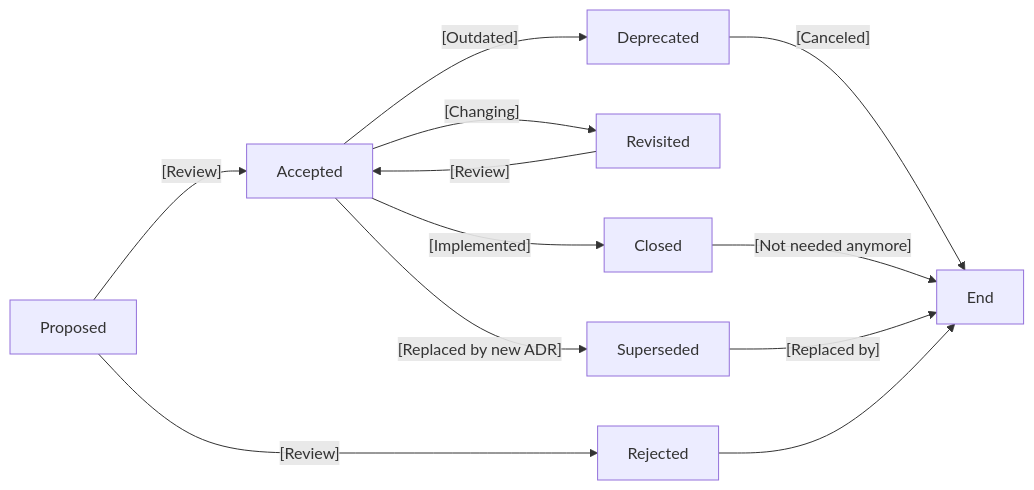
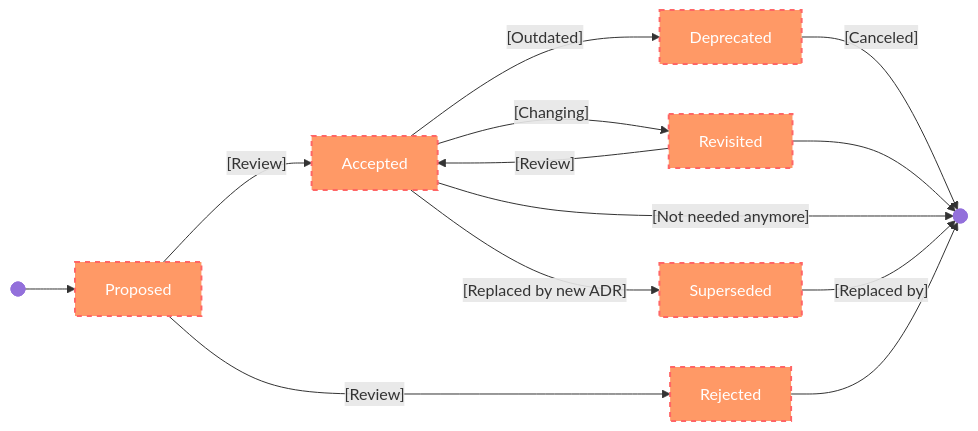
Before and after one commit to rossbachp/DeciCollab: the diagram in ADR-Template.md, drawn with Mermaid. The commit also changed other lines of this file, not shown here.

Commit message:
Update: ADR State flow

````diff
--- a/ADR-Template.md
+++ b/ADR-Template.md
@@ -52,14 +52,21 @@
 ```mermaid
 flowchart LR
+    Start --> Proposed
     Proposed    -- [Review] --> Accepted
     Proposed    -- [Review] --> Rejected
     Accepted    -- [Changing] --> Revisited
     Revisited   -- [Review] --> Accepted
     Accepted    -- [Outdated] --> Deprecated
-    Accepted    -- [Implemented] --> Closed
     Accepted    -- [Replaced by new ADR] --> Superseded
     Deprecated  -- [Canceled] --> End
-    Closed      -- [Not needed anymore] --> End
+    Revisited   --> End
+    Accepted    -- [Not needed anymore] --> End
     Superseded  -- [Replaced by] --> End
     Rejected    --> End
+
+    Start@{ shape: f-circ, label: "Start" }
+    End@{ shape: f-circ, label: "End" }
+
+classDef state fill:#f96,stroke:#f66,stroke-width:2px,color:#fff,stroke-dasharray: 5 5
+class Proposed,Accepted,Rejected,Revisited,Deprecated,Deprecated,Decied,Superseded state;
 ```
````
